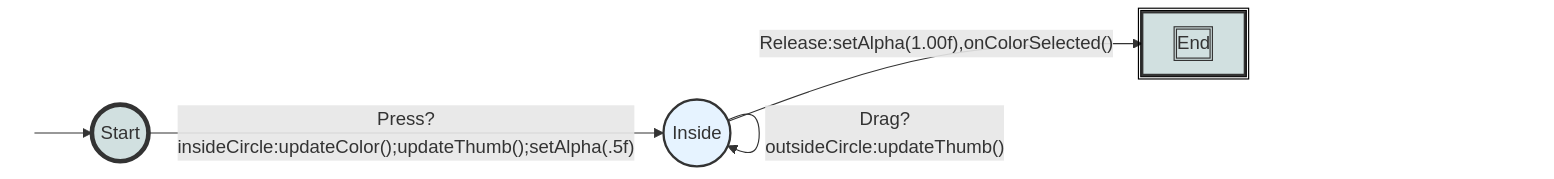
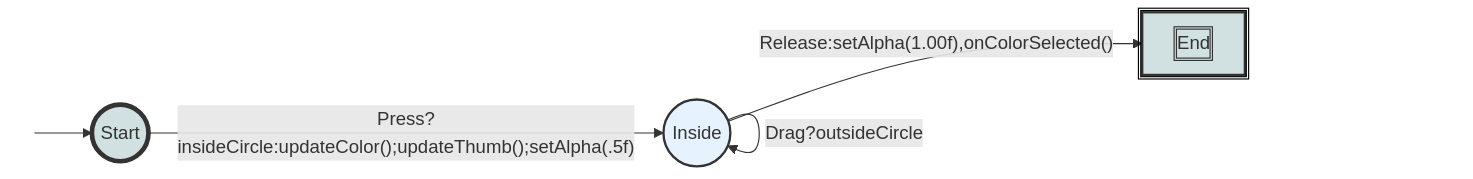
The diagram in assignments/colorpicker.md (jmankoff/interaction), drawn with Mermaid before and after one commit. The commit also changed 1 other file, not shown here.

Commit message:
update pps, whoops :)

```diff
--- a/assignments/colorpicker.md
+++ b/assignments/colorpicker.md
@@ -99,19 +99,19 @@
 <div class="mermaid">
 graph LR
 S((.)) --> A((Start))
 A -- "Press?insideCircle:updateColor();updateThumb();setAlpha(.5f)" --> I((Inside))
 I -- "Release:setAlpha(1.00f),onColorSelected()" --> E[End]
 I -- "Drag?insideCircle:updateColor();updateThumb()" --> I
-I -- "Drag?outsideCircle:updateThumb()" --> I
+I -- "Drag?outsideCircle" --> I
 
 classDef finish outline-style:double,fill:#d1e0e0,stroke:#333,stroke-width:2px;
 classDef normal fill:#e6f3ff,stroke:#333,stroke-width:2px;
 classDef start fill:#d1e0e0,stroke:#333,stroke-width:4px;
 classDef invisible fill:#FFFFFF,stroke:#FFFFFF,color:#FFFFFF
 
 class S invisible
 class A start
 class E finish
 class I normal
 
 </div>
```
